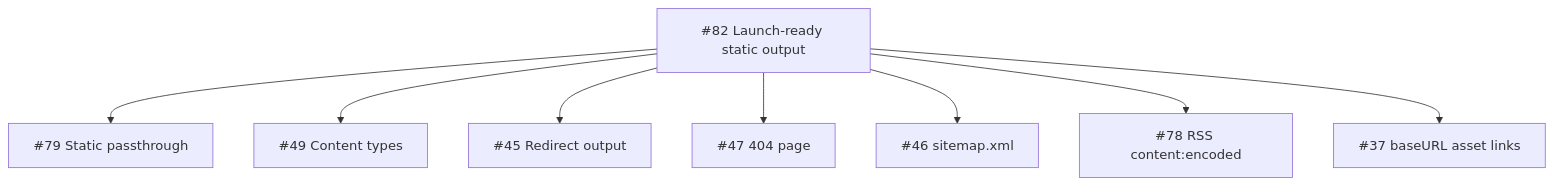
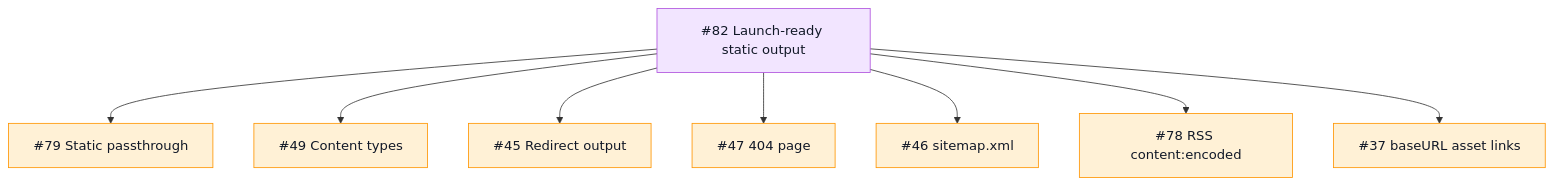
The fifth of 9 diagrams in README.md (TileDown/tile-down), drawn with Mermaid before and after one commit. The commit also changed other lines of this file, not shown here.

Commit message:
docs(readme): color code roadmap status

````diff
--- a/README.md
+++ b/README.md
@@ -73,11 +112,14 @@
 ```mermaid
 flowchart TD
-  Epic["#82 Launch-ready static output"]
-  Epic --> Static["#79 Static passthrough"]
-  Epic --> Types["#49 Content types"]
-  Epic --> Redirects["#45 Redirect output"]
-  Epic --> NotFound["#47 404 page"]
-  Epic --> Sitemap["#46 sitemap.xml"]
-  Epic --> RSS["#78 RSS content:encoded"]
-  Epic --> BaseURL["#37 baseURL asset links"]
+  Epic["#82 Launch-ready static output"]:::epic
+  Epic --> Static["#79 Static passthrough"]:::todo
+  Epic --> Types["#49 Content types"]:::todo
+  Epic --> Redirects["#45 Redirect output"]:::todo
+  Epic --> NotFound["#47 404 page"]:::todo
+  Epic --> Sitemap["#46 sitemap.xml"]:::todo
+  Epic --> RSS["#78 RSS content:encoded"]:::todo
+  Epic --> BaseURL["#37 baseURL asset links"]:::todo
+
+  classDef epic fill:#f2e5ff,stroke:#af52de,color:#111827
+  classDef todo fill:#fff1d6,stroke:#ff9500,color:#111827
 ```
````
